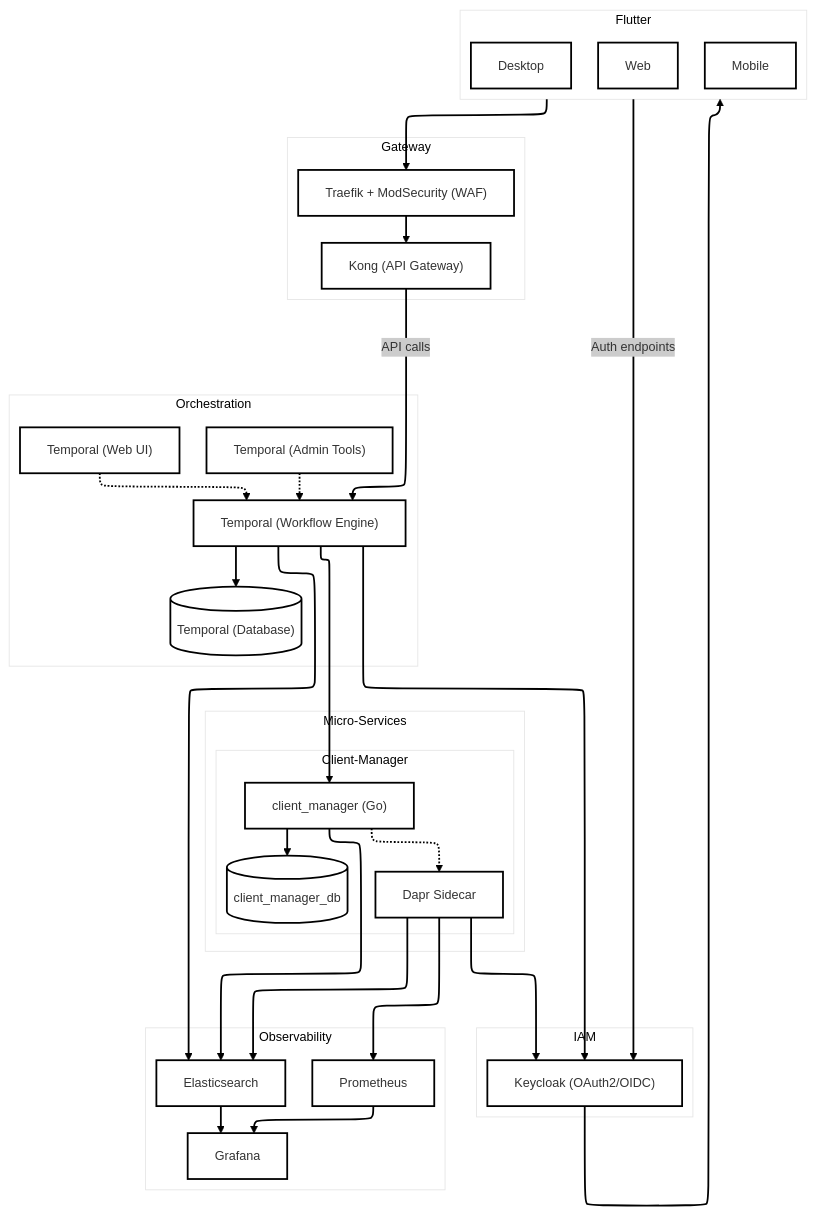
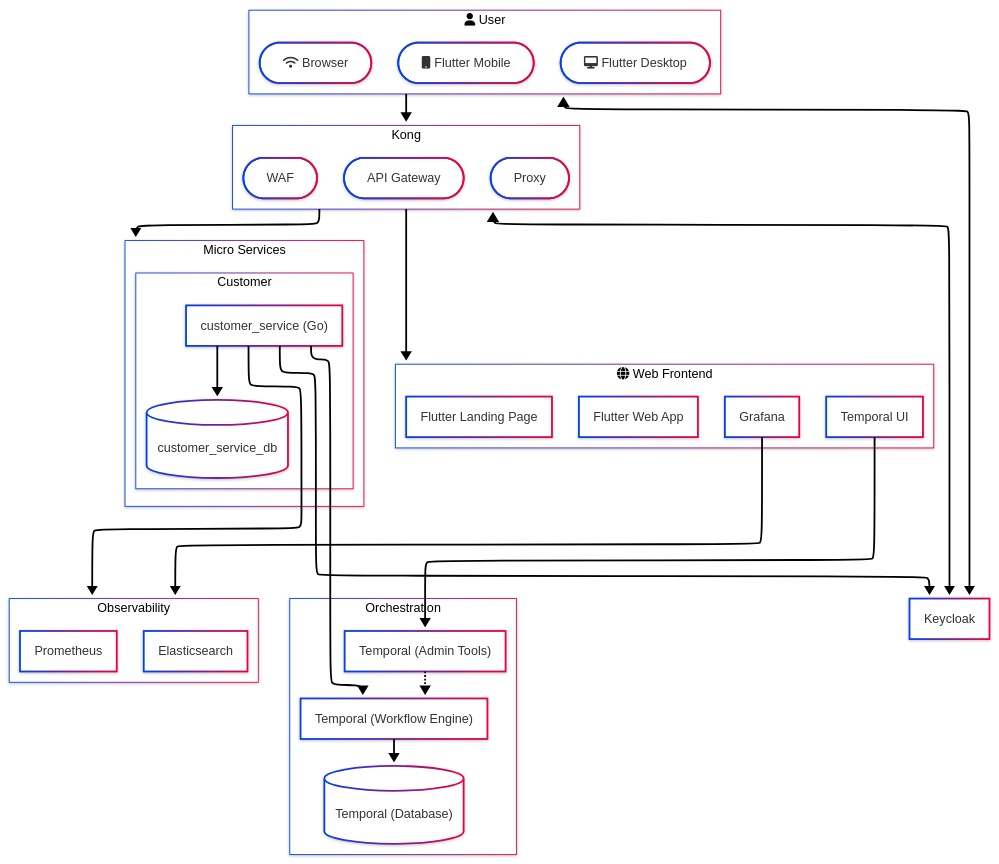
One commit to b-fontaine/saaster_kit changed the diagram in README.md. Above: the diagram before and after it, drawn with Mermaid. The commit also changed other lines of this file and 11 other files, not shown here.

Commit message:
test(client_manager): update tests to use TestContainer

````diff
--- a/README.md
+++ b/README.md
@@ -32,52 +32,50 @@
 ```mermaid
 ---
 config:
   theme: neo
   layout: elk
+  look: neo
 ---
 flowchart TD
-   subgraph Flutter["Flutter"]
-      A1["Web"]
-      A2["Mobile"]
-      A3["Desktop"]
-   end
-   subgraph IAM["IAM"]
-      C["Keycloak (OAuth2/OIDC)"]
-   end
-   subgraph Gateway["Gateway"]
-      B["Traefik + ModSecurity (WAF)"]
-      K["Kong (API Gateway)"]
-   end
-   subgraph Orchestration["Orchestration"]
-      direction TB
-      D["Temporal (Workflow Engine)"]
-      D1["Temporal (Admin Tools)"]
-      D2["Temporal (Web UI)"]
-      D3[("Temporal (Database)")]
-   end
-   subgraph Micro-Services
-      subgraph s1["Client-Manager"]
-         ClientManager["client_manager (Go)"]
-         DB-ClientManager[("client_manager_db")]
-         Dapr1["Dapr Sidecar"]
-      end
-   end
-   subgraph s3["Observability"]
-      G["Grafana"]
-      P["Prometheus"]
-      L["Elasticsearch"]
-   end
-   Orchestration & Micro-Services
-   D ---> D3
-   D1 -.-> D
-   D2 -.-> D
-   P --> G
-   Flutter --> B
-   C --> Flutter -->|Auth endpoints| C
-   B --> K
-   K -->|API calls| D
-   D --> C & ClientManager & L
-   ClientManager --> DB-ClientManager & L
-   ClientManager -.-> Dapr1 --> C & L & P
-   L --> G
+    subgraph client["fa:fa-user User"]
+        mobile(["fa:fa-mobile Flutter Mobile"])
+        desktop(["fa:fa-desktop Flutter Desktop"])
+        chrome(["fa:fa-wifi Browser"])
+    end
+    subgraph kong["Kong"]
+        api(["API Gateway"])
+        proxy(["Proxy"])
+        waf(["WAF"])
+    end
+    subgraph front["fa:fa-globe Web Frontend"]
+        web["Flutter Web App"]
+        landing["Flutter Landing Page"]
+        temporal["Temporal UI"]
+        grafana["Grafana"]
+    end
+    subgraph orch["Orchestration"]
+        D["Temporal (Workflow Engine)"]
+        D1["Temporal (Admin Tools)"]
+        D3[("Temporal (Database)")]
+    end
+    subgraph customer["Customer"]
+        customer-service["customer_service (Go)"]
+        customer-db[("customer_service_db")]
+    end
+    subgraph ms["Micro Services"]
+        customer
+    end
+    subgraph obs["Observability"]
+        promoteus["Prometheus"]
+        elasticsearch["Elasticsearch"]
+    end
+    D --> D3
+    D1 -.-> D
+    customer-service --> customer-db & iam["Keycloak"] & D & obs
+    grafana --> obs
+    temporal --> D1
+    client --> kong
+    kong --> front & ms
+    kong <--> iam
+    client <--> iam
 ```
````
